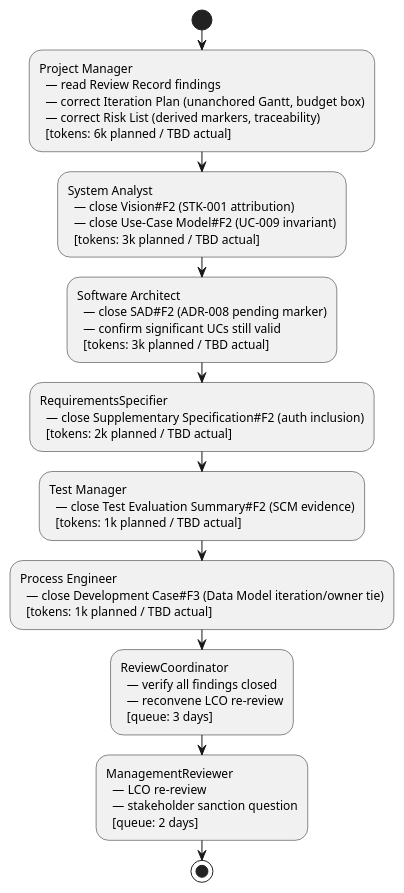
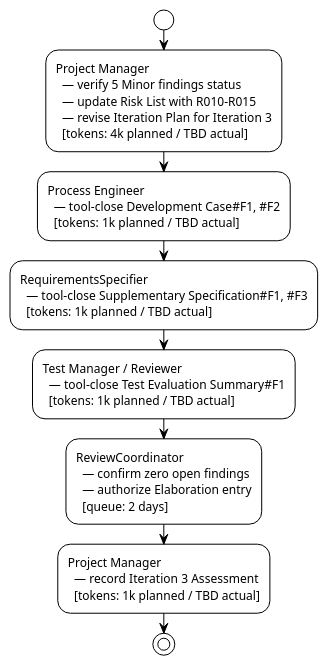
The second of 2 diagrams in docs/artifacts/project-management/iteration-plan.md (banense-test/portal), drawn with PlantUML before and after one commit. The commit also changed other lines of this file, not shown here.

First line of the commit message:
Project Manager [I3]: upsert Iteration Plan

````diff
--- a/docs/artifacts/project-management/iteration-plan.md
+++ b/docs/artifacts/project-management/iteration-plan.md
@@ -61,36 +60,28 @@
 ```plantuml
-@startuml Inception_Iter2_Critical_Chain
+@startuml Inception_Iter3_Critical_Chain
+!theme plain
 start
 :Project Manager
-  — read Review Record findings
-  — correct Iteration Plan (unanchored Gantt, budget box)
-  — correct Risk List (derived markers, traceability)
-  [tokens: 6k planned / TBD actual];
-:System Analyst
-  — close Vision#F2 (STK-001 attribution)
-  — close Use-Case Model#F2 (UC-009 invariant)
-  [tokens: 3k planned / TBD actual];
-:Software Architect
-  — close SAD#F2 (ADR-008 pending marker)
-  — confirm significant UCs still valid
-  [tokens: 3k planned / TBD actual];
+  — verify 5 Minor findings status
+  — update Risk List with R010-R015
+  — revise Iteration Plan for Iteration 3
+  [tokens: 4k planned / TBD actual];
+:Process Engineer
+  — tool-close Development Case#F1, #F2
+  [tokens: 1k planned / TBD actual];
 :RequirementsSpecifier
-  — close Supplementary Specification#F2 (auth inclusion)
-  [tokens: 2k planned / TBD actual];
-:Test Manager
-  — close Test Evaluation Summary#F2 (SCM evidence)
+  — tool-close Supplementary Specification#F1, #F3
   [tokens: 1k planned / TBD actual];
-:Process Engineer
-  — close Development Case#F3 (Data Model iteration/owner tie)
+:Test Manager / Reviewer
+  — tool-close Test Evaluation Summary#F1
   [tokens: 1k planned / TBD actual];
 :ReviewCoordinator
-  — verify all findings closed
-  — reconvene LCO re-review
-  [queue: 3 days];
-:ManagementReviewer
-  — LCO re-review
-  — stakeholder sanction question
+  — confirm zero open findings
+  — authorize Elaboration entry
   [queue: 2 days];
+:Project Manager
+  — record Iteration 3 Assessment
+  [tokens: 1k planned / TBD actual];
 stop
 @enduml
 ```
````
